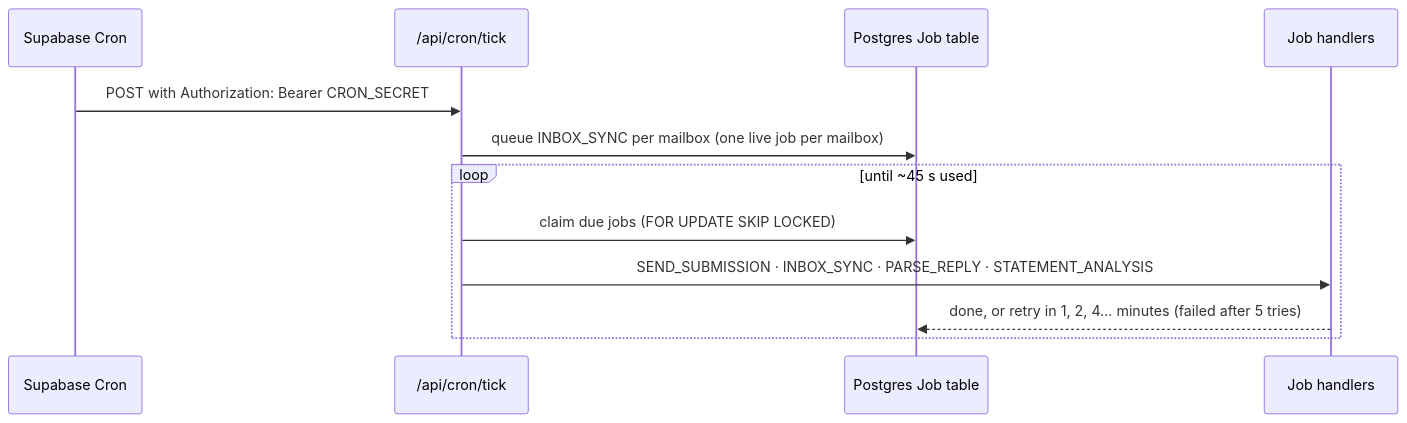
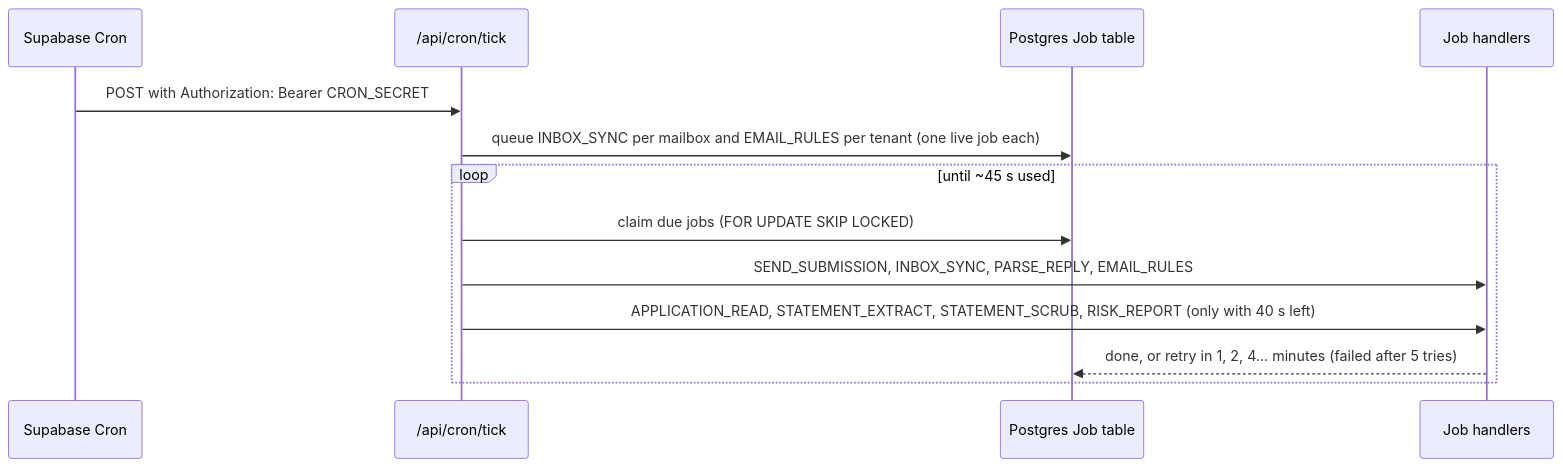
Before and after one commit to dewil95/tutos1: the fifth of 7 diagrams in docs/ARCHITECTURE.md, drawn with Mermaid. The commit also changed other lines of this file and 2 other files, not shown here.

First line of the commit message:
Docs: website API, bank scrub, Risk Report, watermarks, email automation

````diff
--- a/docs/ARCHITECTURE.md
+++ b/docs/ARCHITECTURE.md
@@ -113,14 +113,15 @@
 ```mermaid
 sequenceDiagram
   participant C as Supabase Cron
   participant T as /api/cron/tick
   participant DB as Postgres Job table
   participant H as Job handlers
   C->>T: POST with Authorization: Bearer CRON_SECRET
-  T->>DB: queue INBOX_SYNC per mailbox (one live job per mailbox)
+  T->>DB: queue INBOX_SYNC per mailbox and EMAIL_RULES per tenant (one live job each)
   loop until ~45 s used
     T->>DB: claim due jobs (FOR UPDATE SKIP LOCKED)
-    T->>H: SEND_SUBMISSION · INBOX_SYNC · PARSE_REPLY · STATEMENT_ANALYSIS
+    T->>H: SEND_SUBMISSION, INBOX_SYNC, PARSE_REPLY, EMAIL_RULES
+    T->>H: APPLICATION_READ, STATEMENT_EXTRACT, STATEMENT_SCRUB, RISK_REPORT (only with 40 s left)
     H-->>DB: done, or retry in 1, 2, 4… minutes (failed after 5 tries)
   end
 ```
````
